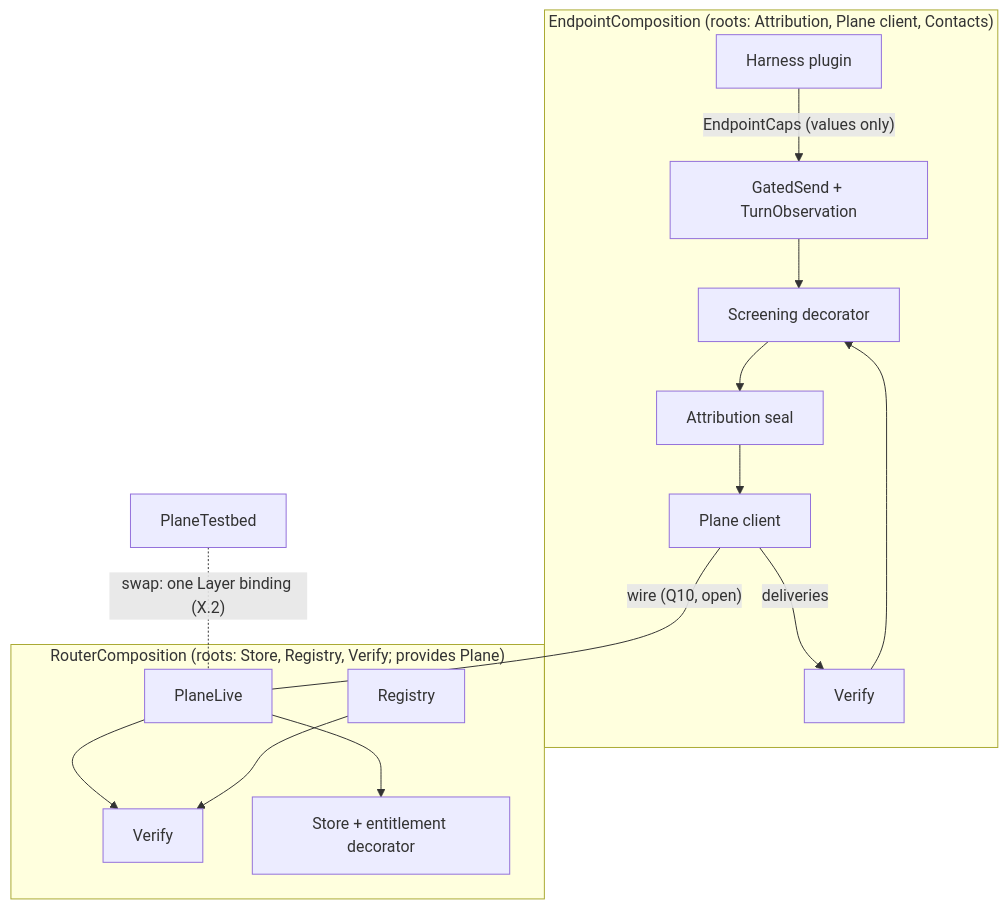
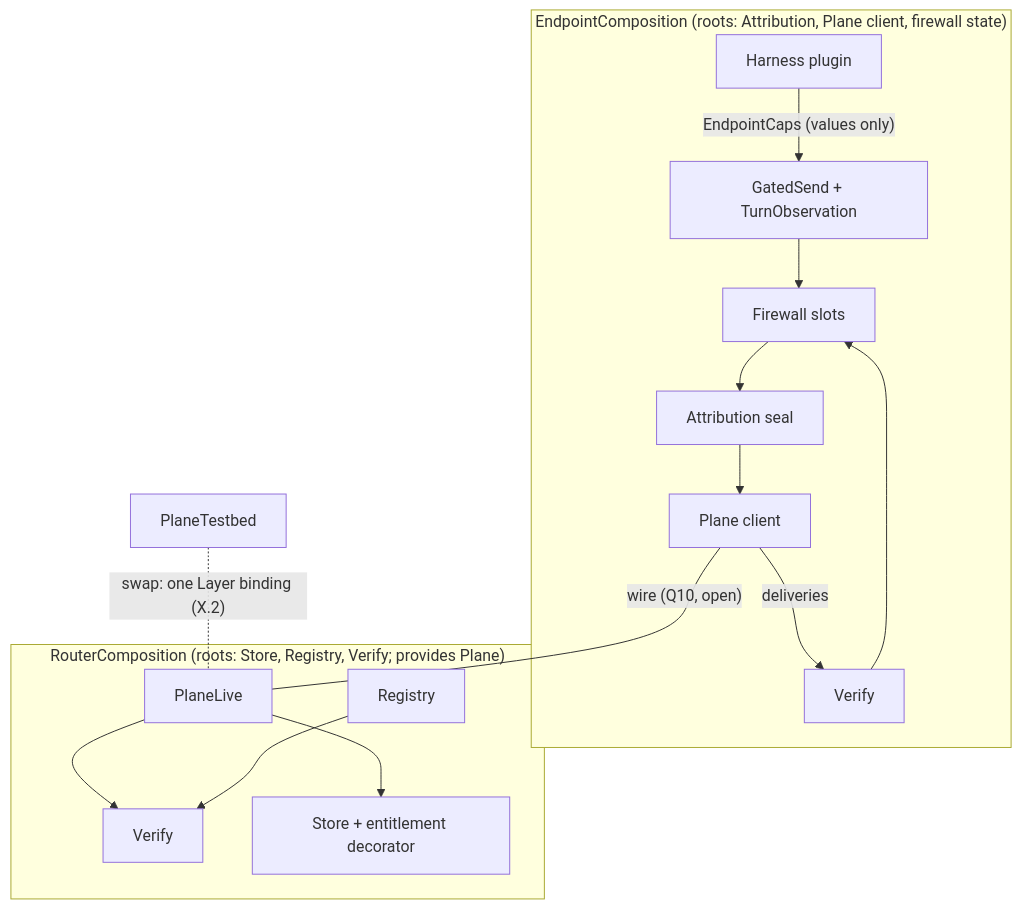
The diagram in docs/spec/layer-interfaces.md (chughtapan/moltzap), drawn with Mermaid before and after one commit. The commit also changed other lines of this file, not shown here.

First line of the commit message:
docs(v2-spec): the firewall plan stays open; contacts demoted to stopgap

````diff
--- a/docs/spec/layer-interfaces.md
+++ b/docs/spec/layer-interfaces.md
@@ -343,16 +357,16 @@
 ```mermaid
 flowchart TB
-  subgraph Endpoint["EndpointComposition (roots: Attribution, Plane client, Contacts)"]
+  subgraph Endpoint["EndpointComposition (roots: Attribution, Plane client, firewall state)"]
     HP[Harness plugin] -- "EndpointCaps (values only)" --> GS[GatedSend + TurnObservation]
-    GS --> SCR[Screening decorator] --> AT[Attribution seal]
+    GS --> SCR[Firewall slots] --> AT[Attribution seal]
     AT --> PC[Plane client]
     PC -- deliveries --> VF1[Verify] --> SCR
   end
   subgraph Router["RouterComposition (roots: Store, Registry, Verify; provides Plane)"]
     PL[PlaneLive] --> VF2[Verify]
     PL --> ST[Store + entitlement decorator]
     RG[Registry] --> VF2
   end
   TB[PlaneTestbed] -. "swap: one Layer binding (X.2)" .- PL
   PC -- "wire (Q10, open)" --- PL
 ```
````
